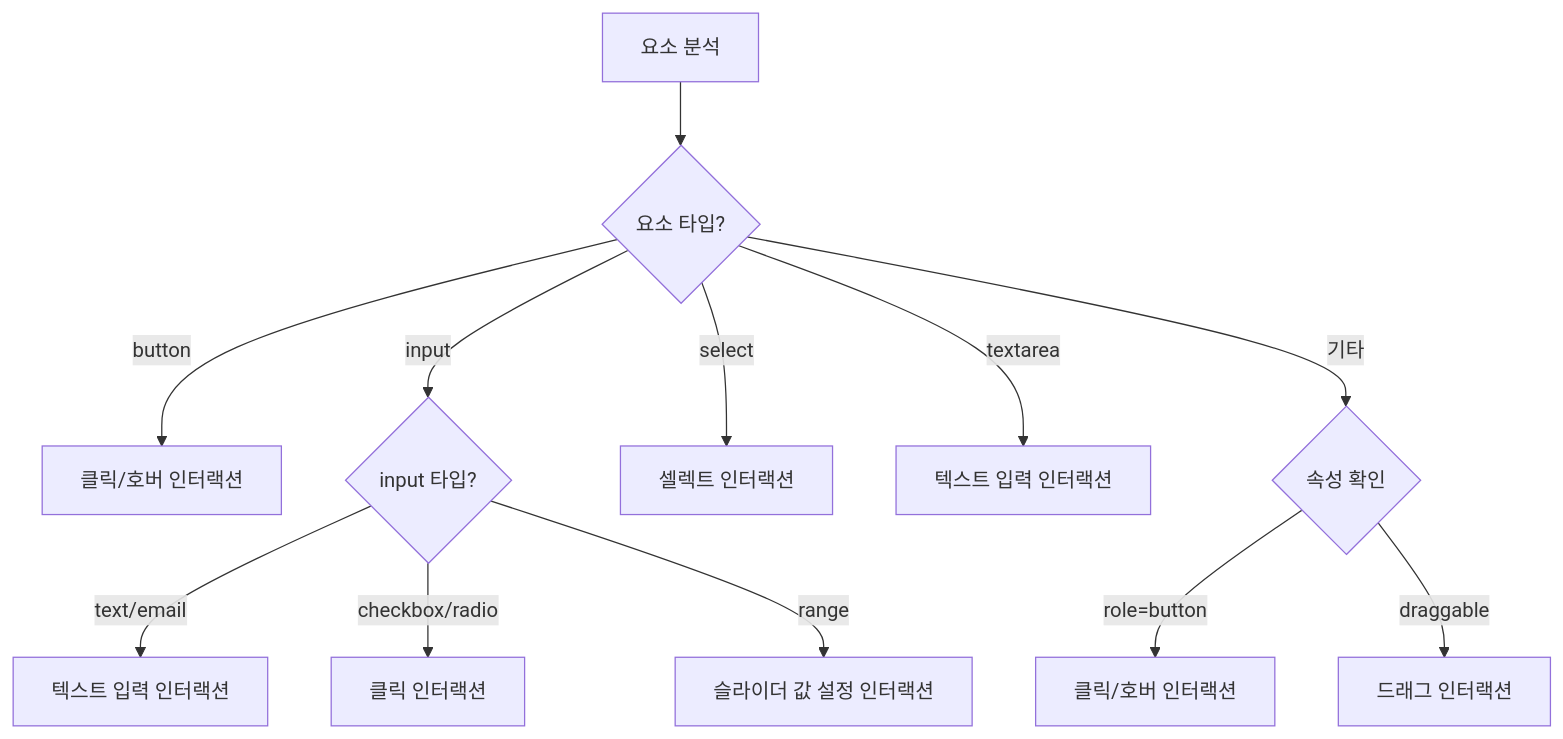
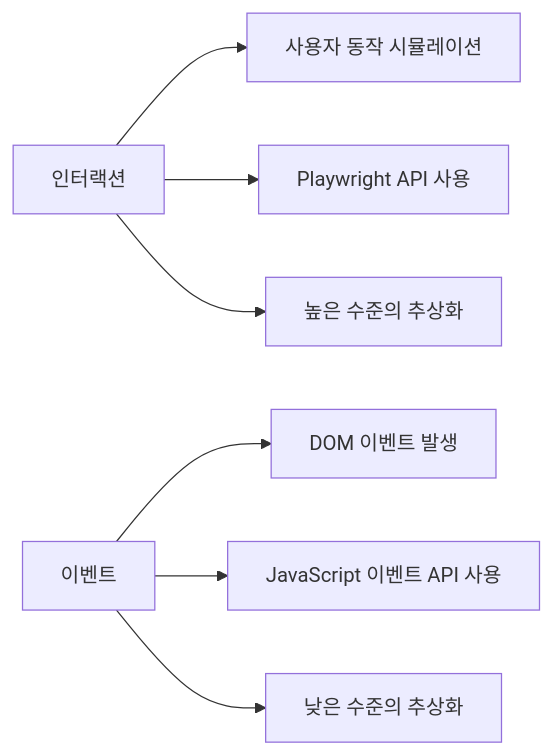
Before and after one commit to YahngSungho/Monorepo: the sixth of 8 diagrams in storybook/e2e/universal-testers.md, drawn with Mermaid. The commit also changed other lines of this file and 3 other files, not shown here.

````diff
--- a/storybook/e2e/universal-testers.md
+++ b/storybook/e2e/universal-testers.md
@@ -154,16 +316,10 @@
 ```mermaid
-flowchart TD
-    A[요소 분석] --> B{요소 타입?}
-    B -->|button| C[클릭/호버 인터랙션]
-    B -->|input| D{input 타입?}
-    B -->|select| E[셀렉트 인터랙션]
-    B -->|textarea| F[텍스트 입력 인터랙션]
-    B -->|기타| G{속성 확인}
+flowchart LR
+    A[인터랙션] --> B[사용자 동작 시뮬레이션]
+    A --> C[Playwright API 사용]
+    A --> D[높은 수준의 추상화]
 
-    D -->|text/email| H[텍스트 입력 인터랙션]
-    D -->|checkbox/radio| I[클릭 인터랙션]
-    D -->|range| J[슬라이더 값 설정 인터랙션]
-
-    G -->|role=button| K[클릭/호버 인터랙션]
-    G -->|draggable| L[드래그 인터랙션]
+    E[이벤트] --> F[DOM 이벤트 발생]
+    E --> G[JavaScript 이벤트 API 사용]
+    E --> H[낮은 수준의 추상화]
 ```
````
